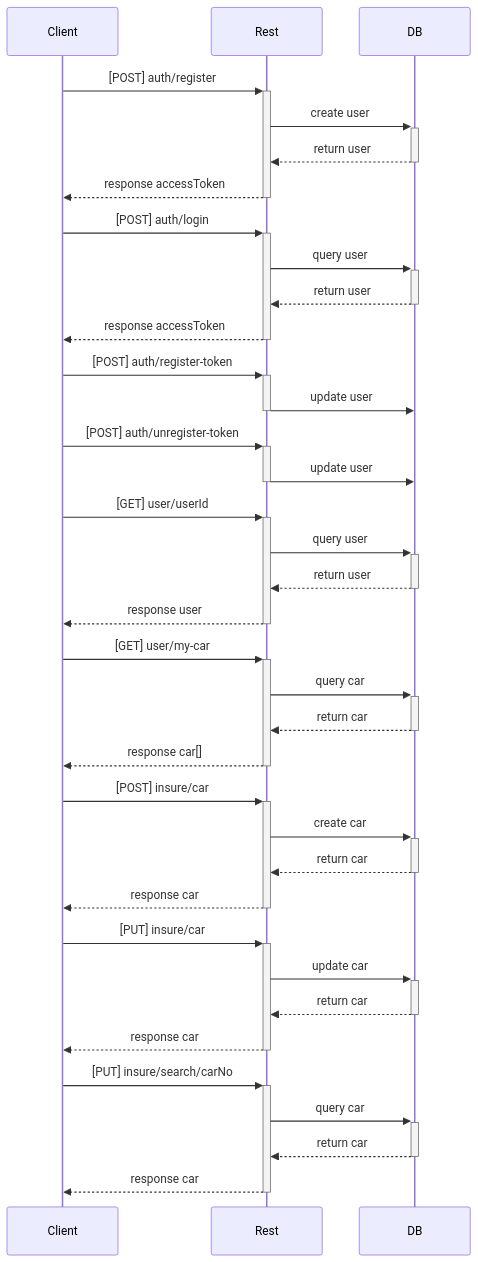
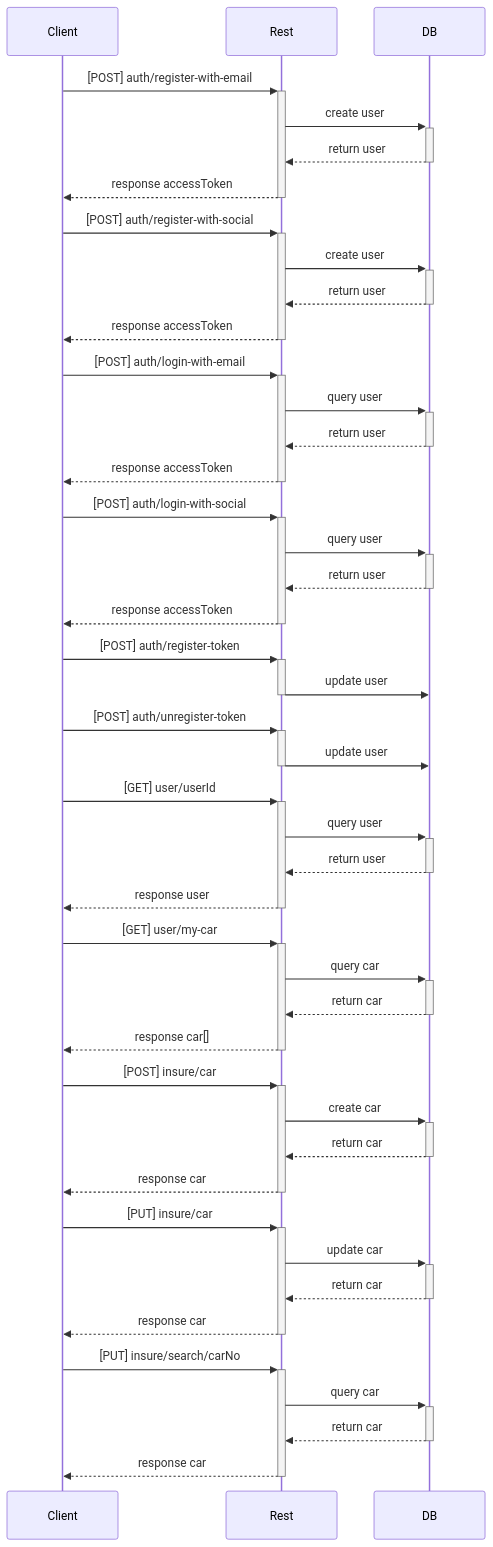
One commit to nuza555xx/madi-api changed the second of 2 diagrams in README.md. Above: the diagram before and after it, drawn with Mermaid. The commit also changed other lines of this file, not shown here.

````diff
--- a/README.md
+++ b/README.md
@@ -87,44 +89,54 @@
 ```mermaid
 sequenceDiagram
-    Client->>+Rest: [POST] auth/register
+    Client->>+Rest: [POST] auth/register-with-email
+    Rest->>+DB: create user
+    DB-->>-Rest: return user
+    Rest-->>-Client: response accessToken
+    
+    Client->>+Rest: [POST] auth/register-with-social
     Rest->>+DB: create user
     DB-->>-Rest: return user
     Rest-->>-Client: response accessToken
 
-    Client->>+Rest: [POST] auth/login
+    Client->>+Rest: [POST] auth/login-with-email
+    Rest->>+DB: query user
+    DB-->>-Rest: return user
+    Rest-->>-Client: response accessToken
+    
+    Client->>+Rest: [POST] auth/login-with-social
     Rest->>+DB: query user
     DB-->>-Rest: return user
     Rest-->>-Client: response accessToken
 
     Client->>+Rest: [POST] auth/register-token
     Rest->>-DB: update user
 
     Client->>+Rest: [POST] auth/unregister-token
     Rest->>-DB: update user
 
     Client->>+Rest: [GET] user/userId
     Rest->>+DB: query user
     DB-->>-Rest: return user
     Rest-->>-Client: response user
 
     Client->>+Rest: [GET] user/my-car
     Rest->>+DB: query car
     DB-->>-Rest: return car
     Rest-->>-Client: response car[]
 
     Client->>+Rest: [POST] insure/car
     Rest->>+DB: create car
     DB-->>-Rest: return car
     Rest-->>-Client: response car
 
     Client->>+Rest: [PUT] insure/car
     Rest->>+DB: update car
     DB-->>-Rest: return car
     Rest-->>-Client: response car
 
     Client->>+Rest: [PUT] insure/search/carNo
     Rest->>+DB: query car
     DB-->>-Rest: return car
     Rest-->>-Client: response car
 
 ```
````
